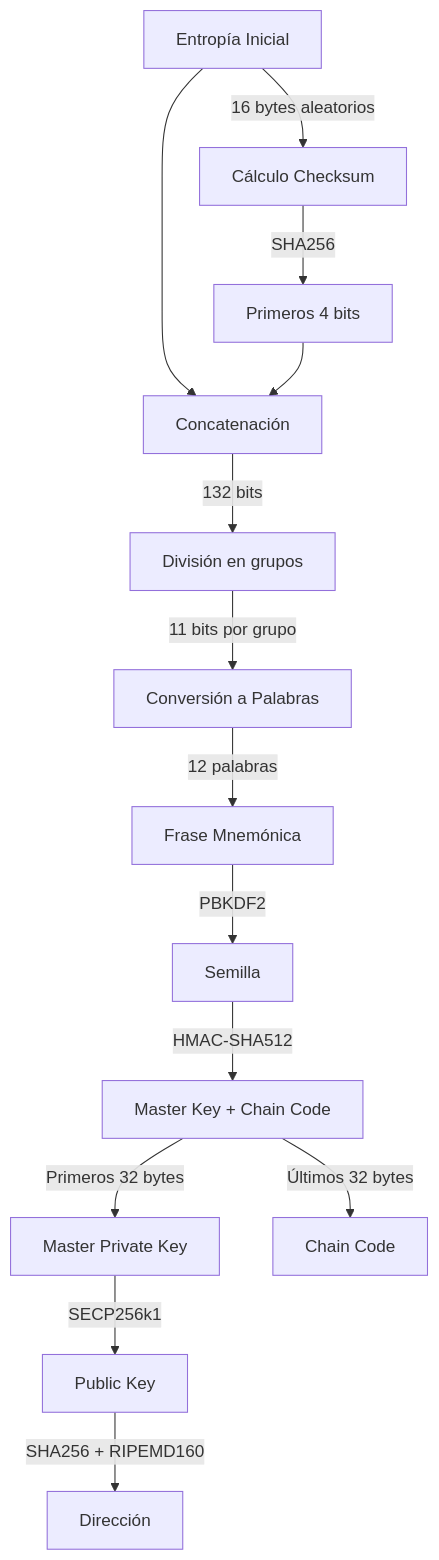
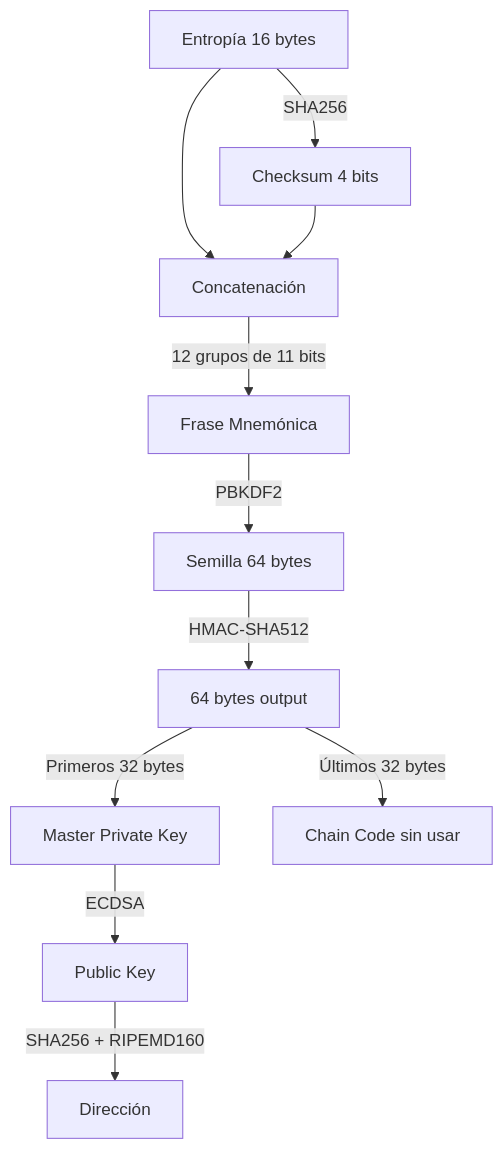
The first of 7 diagrams in blockchain-analysis.md (Venegas2242/blockchain-simulator), drawn with Mermaid before and after one commit.

Commit message:
Update blockchain-analysis.md
Cambio de generación de claves a lo que realmente hace el simulador

````diff
--- a/blockchain-analysis.md
+++ b/blockchain-analysis.md
@@ -35,16 +35,13 @@
 ```mermaid
 graph TD
-    A[Entropía Inicial] -->|16 bytes aleatorios| B[Cálculo Checksum]
-    B -->|SHA256| C[Primeros 4 bits]
-    A --> D[Concatenación]
-    C --> D[Concatenación]
-    D -->|132 bits| E[División en grupos]
-    E -->|11 bits por grupo| F[Conversión a Palabras]
-    F -->|12 palabras| G[Frase Mnemónica]
-    G -->|PBKDF2| H[Semilla]
-    H -->|HMAC-SHA512| I[Master Key + Chain Code]
-    I -->|Primeros 32 bytes| J[Master Private Key]
-    I -->|Últimos 32 bytes| K[Chain Code]
-    J -->|SECP256k1| L[Public Key]
-    L -->|SHA256 + RIPEMD160| M[Dirección]
+    A[Entropía 16 bytes] -->|SHA256| B[Checksum 4 bits]
+    A --> C[Concatenación]
+    B --> C
+    C -->|12 grupos de 11 bits| D[Frase Mnemónica]
+    D -->|PBKDF2| E[Semilla 64 bytes]
+    E -->|HMAC-SHA512| F[64 bytes output]
+    F -->|Primeros 32 bytes| G[Master Private Key]
+    F -->|Últimos 32 bytes| H[Chain Code sin usar]
+    G -->|ECDSA| I[Public Key]
+    I -->|SHA256 + RIPEMD160| J[Dirección]
 ```
````
